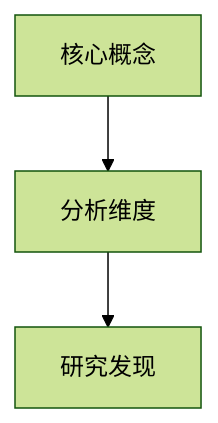
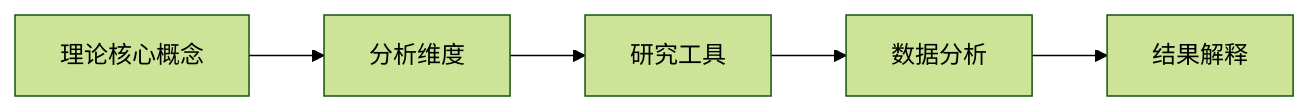
Before and after one commit to Agony888/education-assistant: the diagram in .agents/skills/education-research-assistant/templates/theory-standard-template.md, drawn with Mermaid (forest theme). The commit also changed other lines of this file, not shown here.

````diff
--- a/.agents/skills/education-research-assistant/templates/theory-standard-template.md
+++ b/.agents/skills/education-research-assistant/templates/theory-standard-template.md
@@ -27,5 +66,7 @@
 ```mermaid
-graph TD
-A[核心概念] --> B[分析维度]
-B --> C[研究发现]
+graph LR
+A[理论核心概念] --> B[分析维度]
+B --> C[研究工具]
+C --> D[数据分析]
+D --> E[结果解释]
 ```
````
